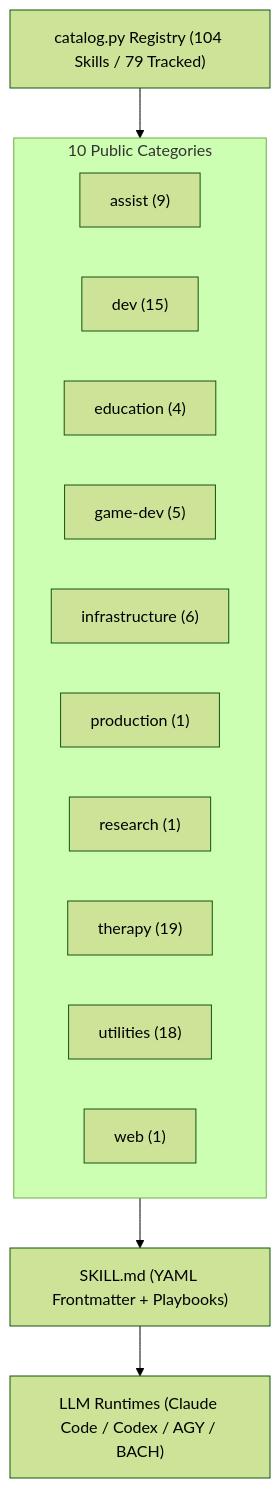
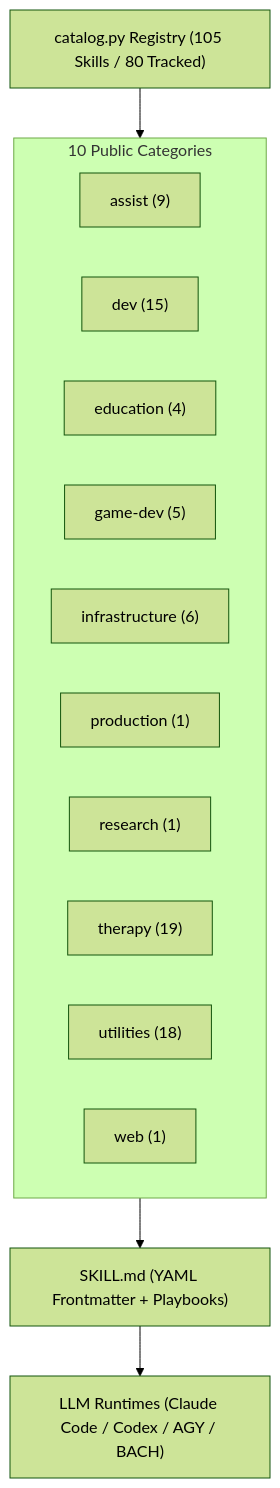
One commit to ellmos-ai/skills changed the diagram in README.md. Above: the diagram before and after it, drawn with Mermaid (forest theme). The commit also changed other lines of this file and 16 other files, not shown here.

````diff
--- a/README.md
+++ b/README.md
@@ -31,18 +31,18 @@
 ```mermaid
 flowchart TD
-    Catalog["catalog.py Registry (104 Skills / 79 Tracked)"] --> Categories
+    Catalog["catalog.py Registry (105 Skills / 80 Tracked)"] --> Categories
     subgraph Categories ["10 Public Categories"]
         Assist["assist (9)"]
         Dev["dev (15)"]
         Edu["education (4)"]
         Game["game-dev (5)"]
         Infra["infrastructure (6)"]
         Prod["production (1)"]
         Res["research (1)"]
         Therapy["therapy (19)"]
         Utils["utilities (18)"]
         Web["web (1)"]
     end
     Categories --> Specs["SKILL.md (YAML Frontmatter + Playbooks)"]
     Specs --> Runtimes["LLM Runtimes (Claude Code / Codex / AGY / BACH)"]
 ```
````
